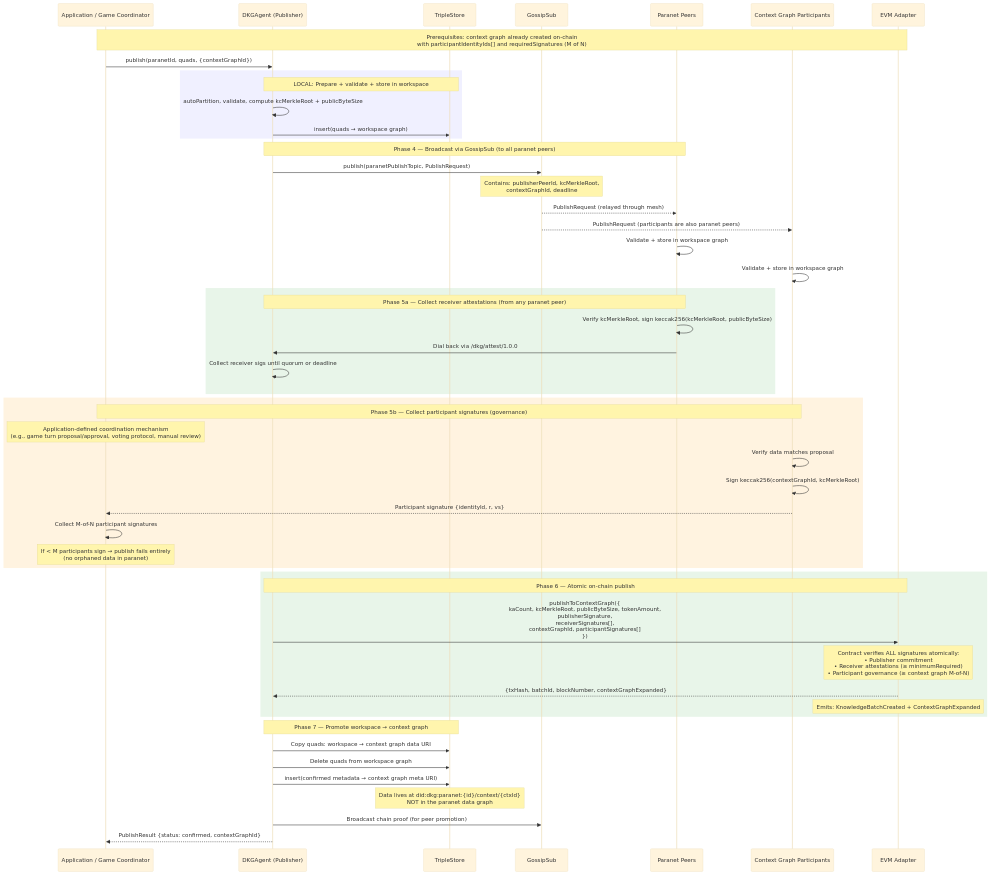
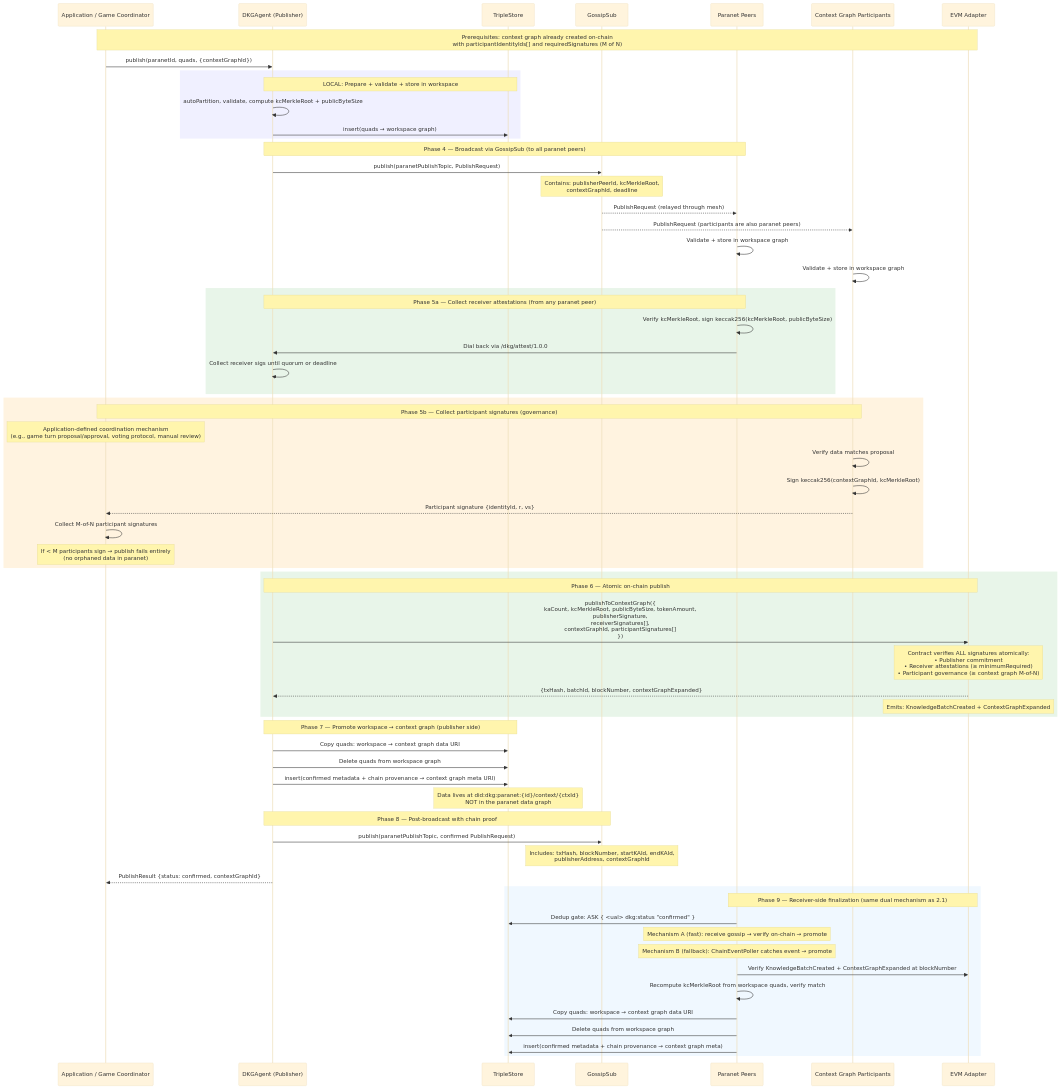
One commit to OriginTrail/dkg-v9 changed the fourth of 15 diagrams in docs/v9-protocol-operations.md. Above: the diagram before and after it, drawn with Mermaid (base theme). The commit also changed other lines of this file, not shown here.

````diff
--- a/docs/v9-protocol-operations.md
+++ b/docs/v9-protocol-operations.md
@@ -396,13 +423,28 @@
         Note over Chain: Emits: KnowledgeBatchCreated + ContextGraphExpanded
     end
 
-    Note over Agent,Store: Phase 7 — Promote workspace → context graph
+    Note over Agent,Store: Phase 7 — Promote workspace → context graph (publisher side)
 
     Agent->>Store: Copy quads: workspace → context graph data URI
     Agent->>Store: Delete quads from workspace graph
-    Agent->>Store: insert(confirmed metadata → context graph meta URI)
+    Agent->>Store: insert(confirmed metadata + chain provenance → context graph meta URI)
     Note over Store: Data lives at did:dkg:paranet:{id}/context/{ctxId}<br/>NOT in the paranet data graph
 
-    Agent->>GS: Broadcast chain proof (for peer promotion)
+    Note over Agent,GS: Phase 8 — Post-broadcast with chain proof
+    Agent->>GS: publish(paranetPublishTopic, confirmed PublishRequest)
+    Note over GS: Includes: txHash, blockNumber, startKAId, endKAId,<br/>publisherAddress, contextGraphId
     Agent-->>App: PublishResult {status: confirmed, contextGraphId}
+
+    rect rgb(240, 248, 255)
+        Note over ParaPeers,Chain: Phase 9 — Receiver-side finalization (same dual mechanism as 2.1)
+
+        ParaPeers->>Store: Dedup gate: ASK { <ual> dkg:status "confirmed" }
+        Note over ParaPeers: Mechanism A (fast): receive gossip → verify on-chain → promote
+        Note over ParaPeers: Mechanism B (fallback): ChainEventPoller catches event → promote
+        ParaPeers->>Chain: Verify KnowledgeBatchCreated + ContextGraphExpanded at blockNumber
+        ParaPeers->>ParaPeers: Recompute kcMerkleRoot from workspace quads, verify match
+        ParaPeers->>Store: Copy quads: workspace → context graph data URI
+        ParaPeers->>Store: Delete quads from workspace graph
+        ParaPeers->>Store: insert(confirmed metadata + chain provenance → context graph meta)
+    end
 ```
````
